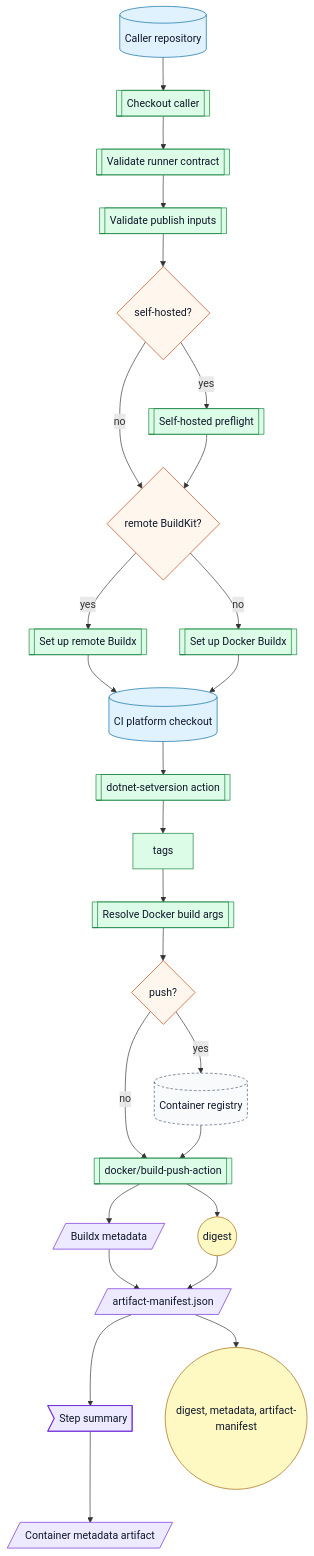
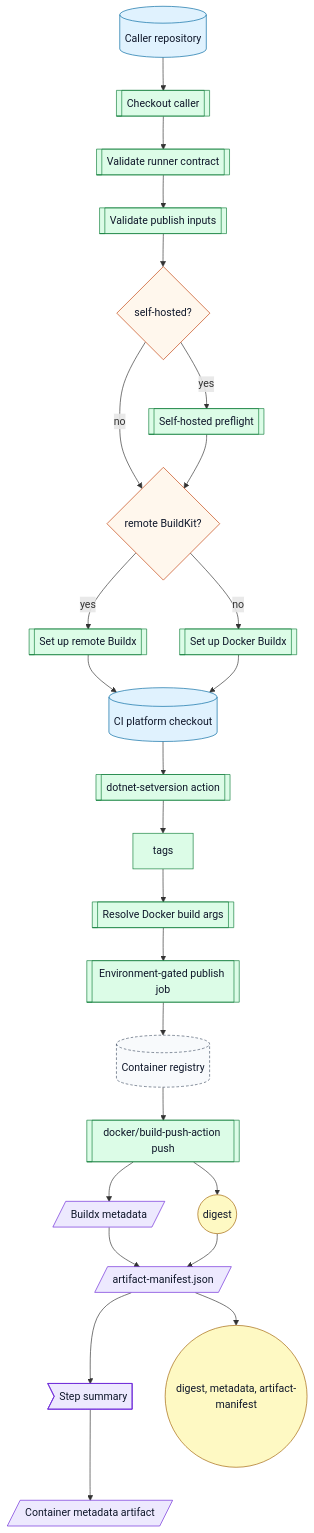
One commit to ArkanisCorporation/ci changed diagram 12 of 15 in docs/workflow-catalog.md. Above: the diagram before and after it, drawn with Mermaid. The commit also changed other lines of this file and 19 other files, not shown here.

````diff
--- a/docs/workflow-catalog.md
+++ b/docs/workflow-catalog.md
@@ -925,40 +1248,39 @@
 ```mermaid
 flowchart TD
   caller[("Caller repository")] --> checkout[[Checkout caller]]
   checkout --> validate[[Validate runner contract]]
   validate --> inputs[[Validate publish inputs]]
   inputs --> preflight{self-hosted?}
   preflight -->|yes| sh[[Self-hosted preflight]]
   preflight -->|no| builder{remote BuildKit?}
   sh --> builder
   builder -->|yes| remote[[Set up remote Buildx]]
   builder -->|no| local[[Set up Docker Buildx]]
   remote --> platform[("CI platform checkout")]
   local --> platform
   platform --> setversion[[dotnet-setversion action]]
   setversion --> tags
   tags --> args[[Resolve Docker build args]]
-  args --> login{push?}
-  login -->|yes| registry[("Container registry")]
-  login -->|no| build[[docker/build-push-action]]
-  registry --> build
+  args --> envGate[["Environment-gated publish job"]]
+  envGate --> registry[("Container registry")]
+  registry --> build[[docker/build-push-action push]]
   build --> metadata[/Buildx metadata/]
   build --> digest(("digest"))
   metadata --> manifest[/artifact-manifest.json/]
   digest --> manifest
   manifest --> summary>Step summary]
   summary --> upload[/Container metadata artifact/]
   manifest --> outputs(("digest, metadata, artifact-manifest"))
   classDef repo fill:#e0f2fe,stroke:#0369a1,color:#0f172a
   classDef action fill:#dcfce7,stroke:#15803d,color:#0f172a
   classDef decision fill:#fff7ed,stroke:#c2410c,color:#0f172a
   classDef artifact fill:#ede9fe,stroke:#6d28d9,color:#0f172a
   classDef output fill:#fef9c3,stroke:#a16207,color:#0f172a
   classDef external fill:#f8fafc,stroke:#475569,stroke-dasharray: 4 3,color:#0f172a
   class caller,platform repo
-  class checkout,validate,inputs,sh,remote,local,setversion,tags,args,build action
-  class preflight,builder,login decision
+  class checkout,validate,inputs,sh,remote,local,setversion,tags,args,envGate,build action
+  class preflight,builder decision
   class metadata,manifest,summary,upload artifact
   class digest,outputs output
   class registry external
 ```
````
